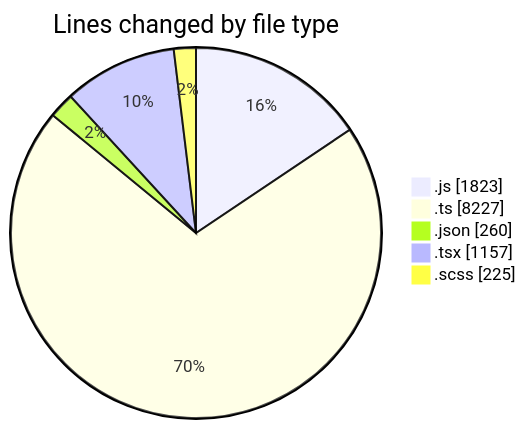
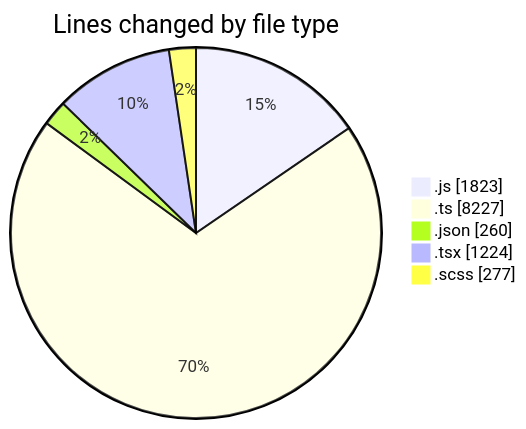
One commit to momahboobian/code-tracking changed the first of 2 diagrams in 2026-04-08/cda/README.md. Above: the diagram before and after it, drawn with Mermaid. The commit also changed other lines of this file and 1 other file, not shown here.

````diff
--- a/2026-04-08/cda/README.md
+++ b/2026-04-08/cda/README.md
@@ -35,9 +35,9 @@
 ```mermaid
 pie showData
 title Lines changed by file type
 ".js" : 1823
 ".ts" : 8227
 ".json" : 260
-".tsx" : 1157
-".scss" : 225
+".tsx" : 1224
+".scss" : 277
 ```
````
